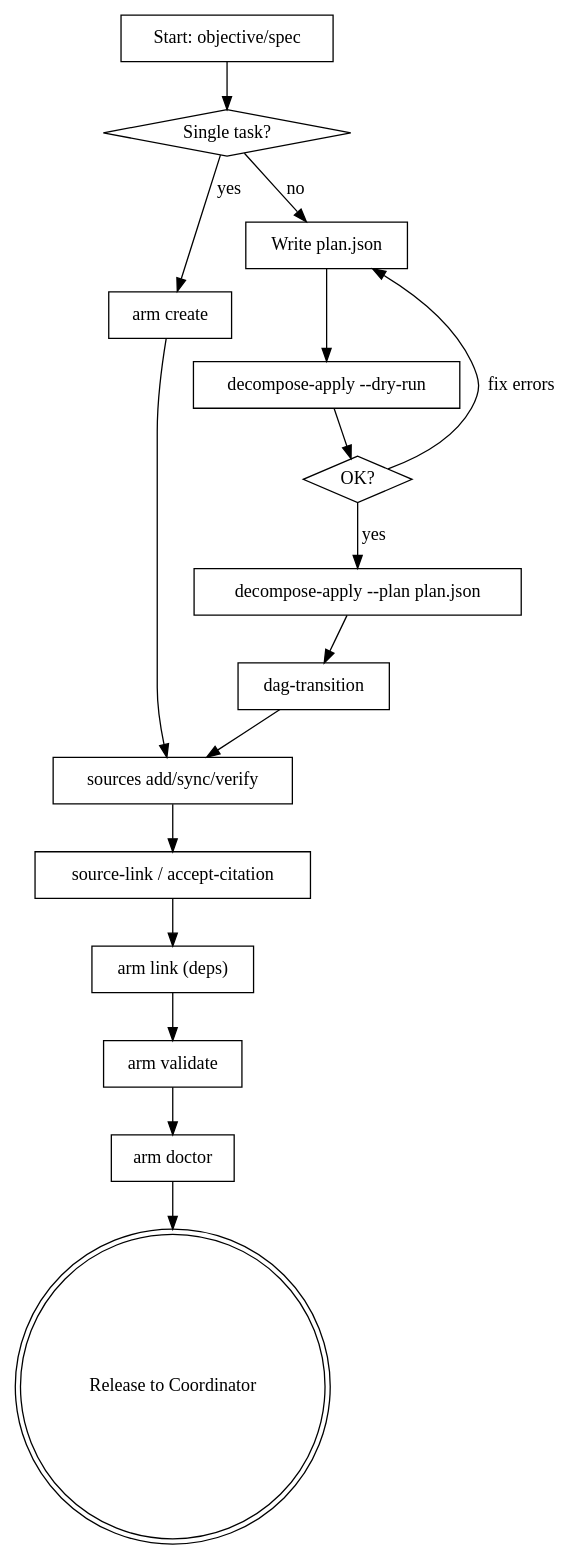
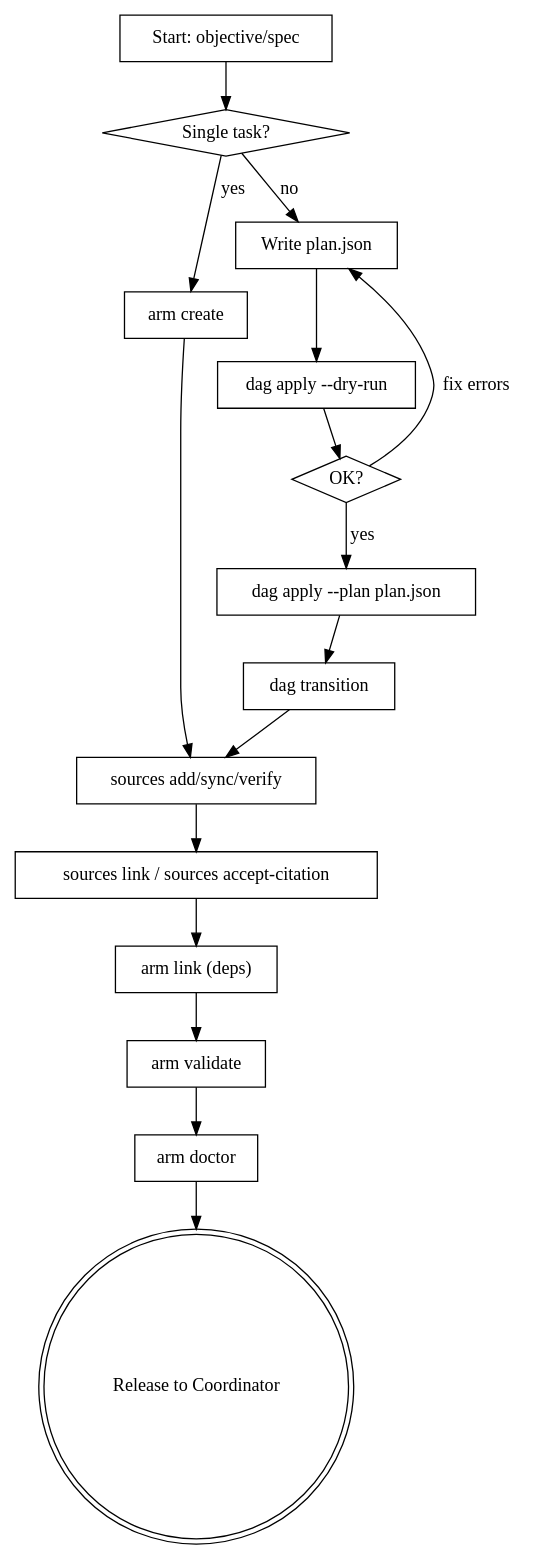
One commit to scullxbones/armature changed the diagram in internal/skillsembed/skills/armature-planner/SKILL.md. Above: the diagram before and after it, drawn with Graphviz. The commit also changed other lines of this file and 16 other files, not shown here.

````diff
--- a/internal/skillsembed/skills/armature-planner/SKILL.md
+++ b/internal/skillsembed/skills/armature-planner/SKILL.md
@@ -44,34 +44,34 @@
 ```dot
 digraph planner_loop {
     "Start: objective/spec" [shape=box];
     "Single task?" [shape=diamond];
     "arm create" [shape=box];
     "Write plan.json" [shape=box];
-    "decompose-apply --dry-run" [shape=box];
+    "dag apply --dry-run" [shape=box];
     "OK?" [shape=diamond];
-    "decompose-apply --plan plan.json" [shape=box];
-    "dag-transition" [shape=box];
+    "dag apply --plan plan.json" [shape=box];
+    "dag transition" [shape=box];
     "sources add/sync/verify" [shape=box];
-    "source-link / accept-citation" [shape=box];
+    "sources link / sources accept-citation" [shape=box];
     "arm link (deps)" [shape=box];
     "arm validate" [shape=box];
     "arm doctor" [shape=box];
     "Release to Coordinator" [shape=doublecircle];
 
     "Start: objective/spec" -> "Single task?";
     "Single task?" -> "arm create" [label="yes"];
     "Single task?" -> "Write plan.json" [label="no"];
     "arm create" -> "sources add/sync/verify";
-    "Write plan.json" -> "decompose-apply --dry-run";
-    "decompose-apply --dry-run" -> "OK?" ;
+    "Write plan.json" -> "dag apply --dry-run";
+    "dag apply --dry-run" -> "OK?" ;
     "OK?" -> "Write plan.json" [label="fix errors"];
-    "OK?" -> "decompose-apply --plan plan.json" [label="yes"];
-    "decompose-apply --plan plan.json" -> "dag-transition";
-    "dag-transition" -> "sources add/sync/verify";
-    "sources add/sync/verify" -> "source-link / accept-citation";
-    "source-link / accept-citation" -> "arm link (deps)";
+    "OK?" -> "dag apply --plan plan.json" [label="yes"];
+    "dag apply --plan plan.json" -> "dag transition";
+    "dag transition" -> "sources add/sync/verify";
+    "sources add/sync/verify" -> "sources link / sources accept-citation";
+    "sources link / sources accept-citation" -> "arm link (deps)";
     "arm link (deps)" -> "arm validate";
     "arm validate" -> "arm doctor";
     "arm doctor" -> "Release to Coordinator";
 }
 ```
````
